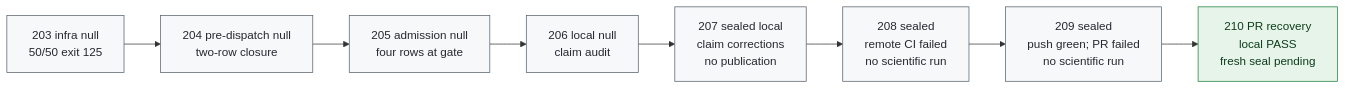
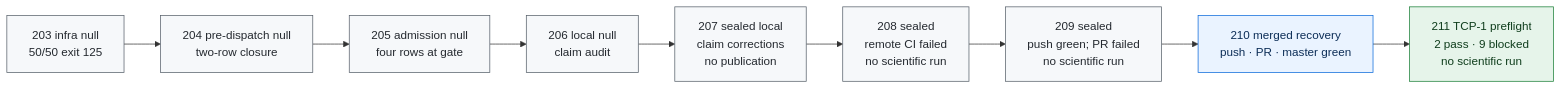
The third of 5 diagrams in README.md (manfromnowhere143/telos), drawn with Mermaid before and after one commit. The commit also changed other lines of this file and 37 other files, not shown here.

Commit message:
Materialize TCP-1 admission preflight

````diff
--- a/README.md
+++ b/README.md
@@ -202,8 +206,10 @@
 ```mermaid
 flowchart LR
- I203["203 infra null<br/>50/50 exit 125"]-->I204["204 pre-dispatch null<br/>two-row closure"]-->I205["205 admission null<br/>four rows at gate"]-->I206["206 local null<br/>claim audit"]-->I207["207 sealed local<br/>claim corrections<br/>no publication"]-->I208["208 sealed<br/>remote CI failed<br/>no scientific run"]-->I209["209 sealed<br/>push green; PR failed<br/>no scientific run"]-->I210["210 PR recovery<br/>local PASS<br/>fresh seal pending"]
+ I203["203 infra null<br/>50/50 exit 125"]-->I204["204 pre-dispatch null<br/>two-row closure"]-->I205["205 admission null<br/>four rows at gate"]-->I206["206 local null<br/>claim audit"]-->I207["207 sealed local<br/>claim corrections<br/>no publication"]-->I208["208 sealed<br/>remote CI failed<br/>no scientific run"]-->I209["209 sealed<br/>push green; PR failed<br/>no scientific run"]-->I210["210 merged recovery<br/>push · PR · master green"]-->I211["211 TCP-1 preflight<br/>2 pass · 9 blocked<br/>no scientific run"]
  classDef null fill:#f6f8fa,stroke:#57606a,color:#24292f;
+ classDef complete fill:#eaf3ff,stroke:#0969da,color:#0c2d57;
  classDef active fill:#e6f4ea,stroke:#1a7f37,color:#0f3d1c;
  class I203,I204,I205,I206,I207,I208,I209 null;
- class I210 active;
+ class I210 complete;
+ class I211 active;
 ```
````
